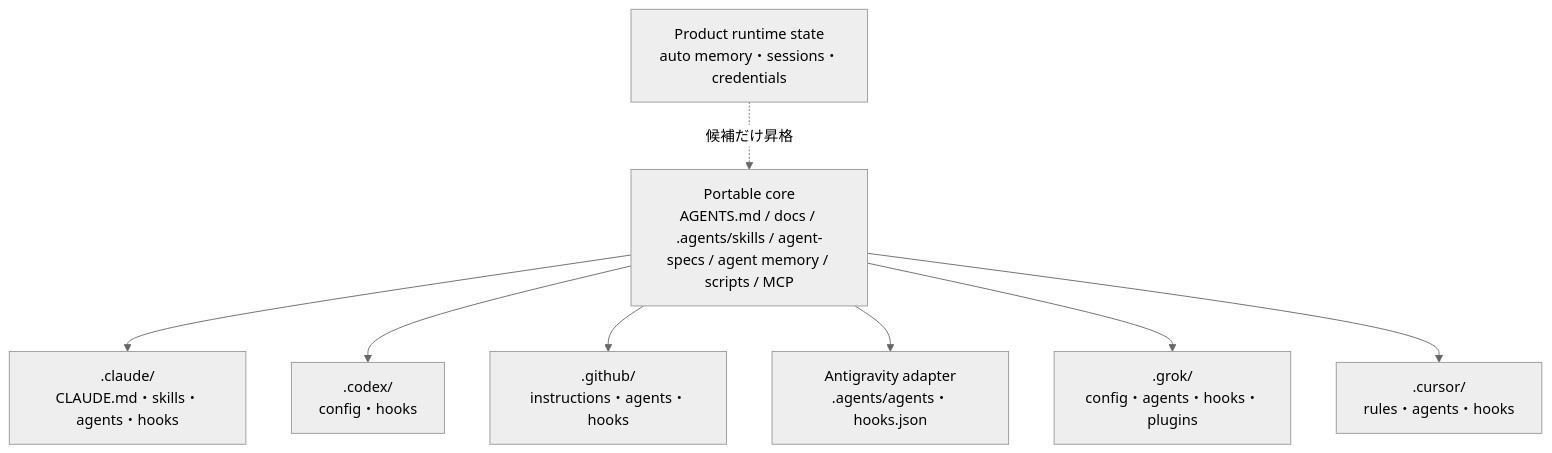
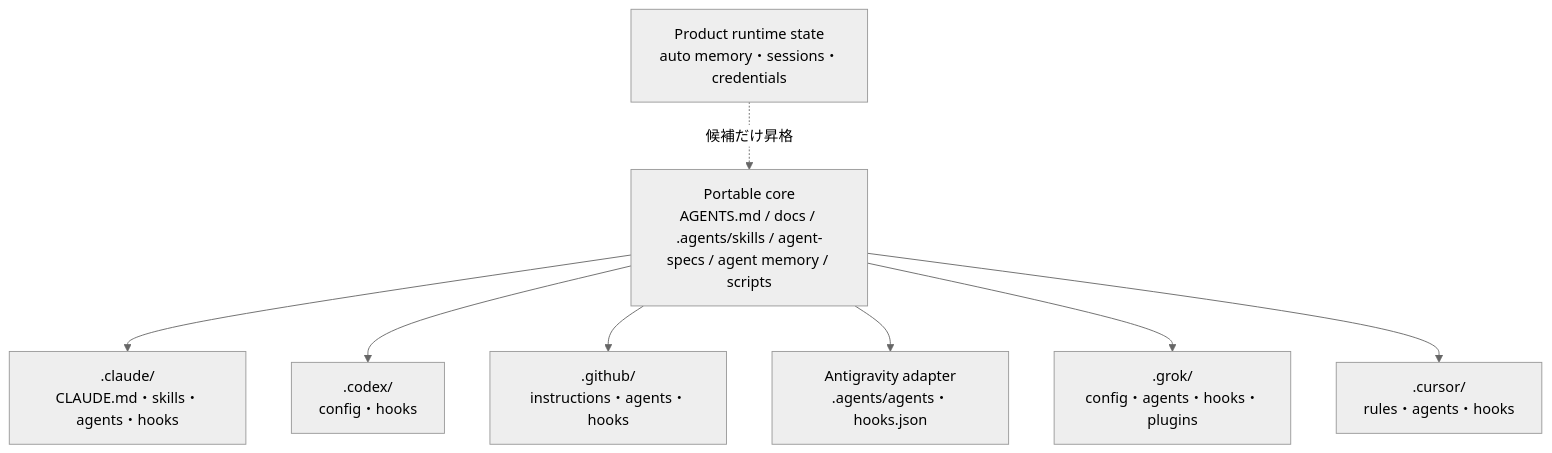
One commit to suwa-sh/zenn-contents changed the third of 4 diagrams in articles/agentic-coding-clis_20260807.md. Above: the diagram before and after it, drawn with Mermaid (neutral theme). The commit also changed other lines of this file, not shown here.

````diff
--- a/articles/agentic-coding-clis_20260807.md
+++ b/articles/agentic-coding-clis_20260807.md
@@ -284,11 +284,11 @@
 ```mermaid
 flowchart TD
-    CORE["Portable core<br/>AGENTS.md / docs / .agents/skills / agent-specs / agent memory / scripts / MCP"]
+    CORE["Portable core<br/>AGENTS.md / docs / .agents/skills / agent-specs / agent memory / scripts"]
     CORE --> CL[".claude/<br/>CLAUDE.md・skills・agents・hooks"]
     CORE --> CX[".codex/<br/>config・hooks"]
     CORE --> GH[".github/<br/>instructions・agents・hooks"]
     CORE --> AG["Antigravity adapter<br/>.agents/agents・hooks.json"]
     CORE --> GR[".grok/<br/>config・agents・hooks・plugins"]
     CORE --> CU[".cursor/<br/>rules・agents・hooks"]
     AUTO["Product runtime state<br/>auto memory・sessions・credentials"] -. "候補だけ昇格" .-> CORE
 ```
````
